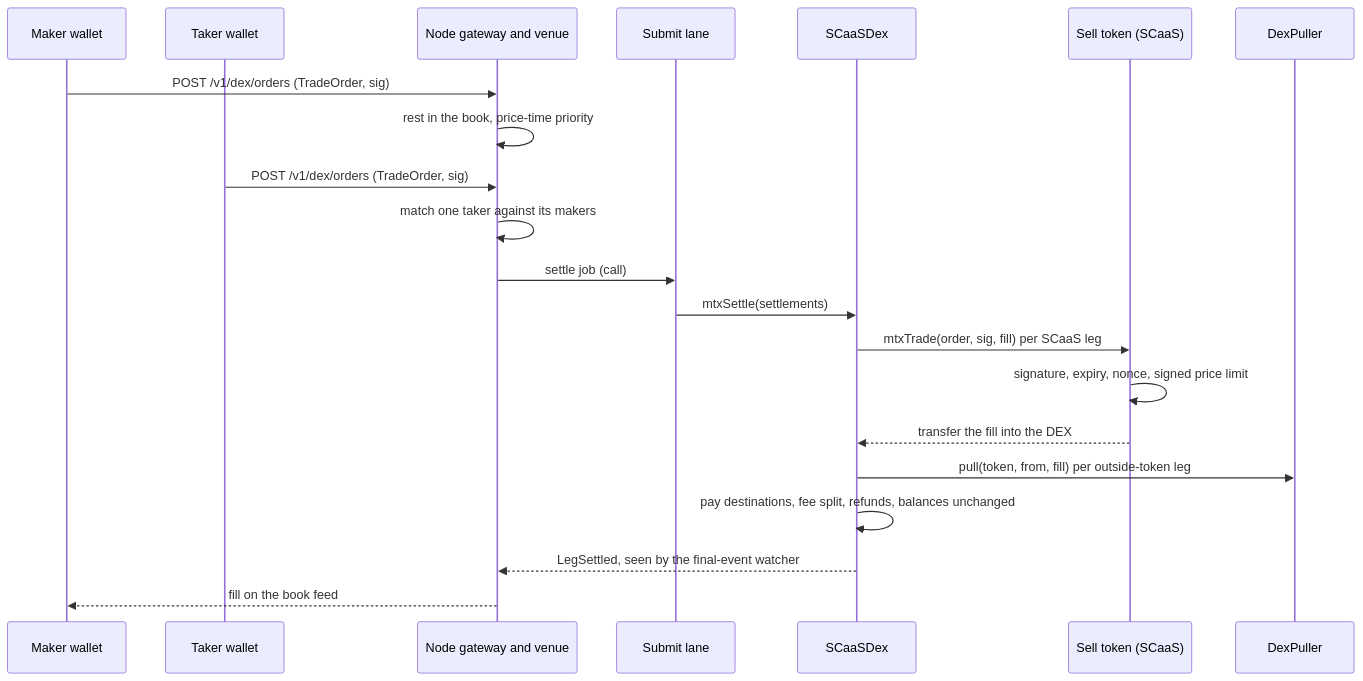
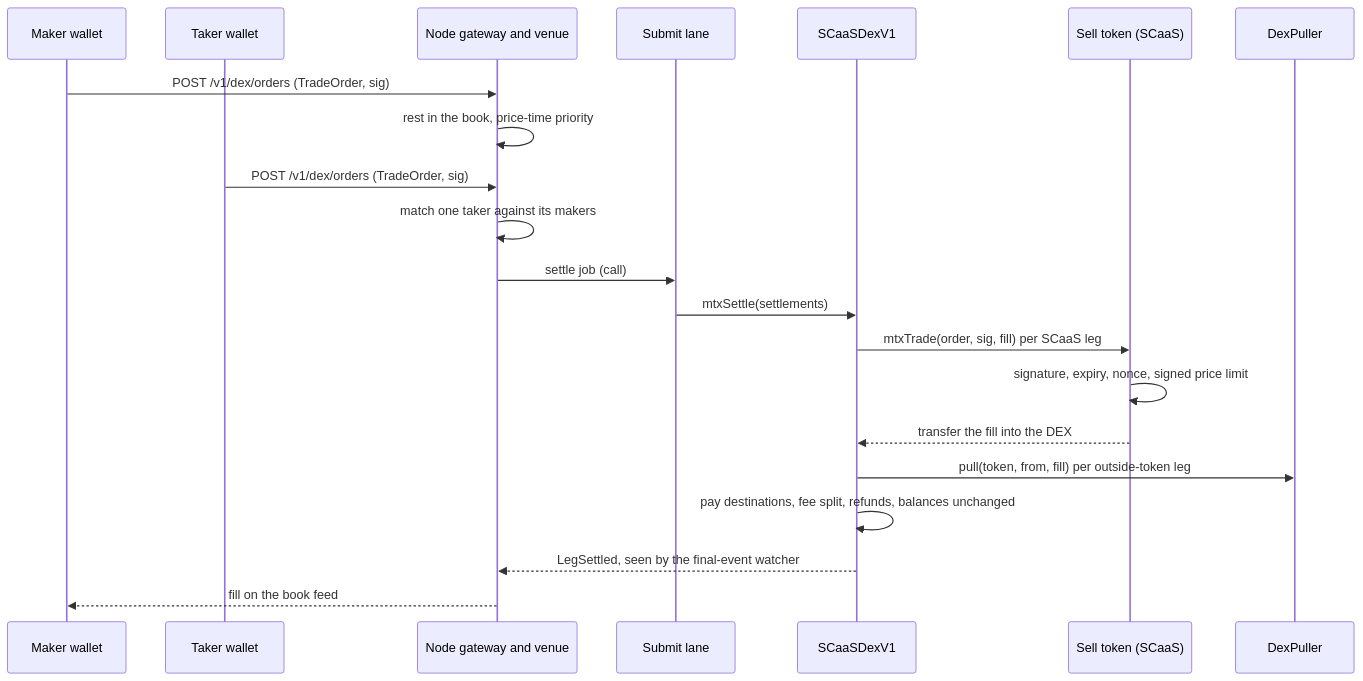
Before and after one commit to dinhduongha/scaas: the ninth of 12 diagrams in docs/architecture.md, drawn with Mermaid. The commit also changed other lines of this file and 12 other files, not shown here.

````diff
--- a/docs/architecture.md
+++ b/docs/architecture.md
@@ -685,23 +685,23 @@
 ```mermaid
 sequenceDiagram
     participant MK as Maker wallet
     participant TK as Taker wallet
     participant VEN as Node gateway and venue
     participant LANE as Submit lane
-    participant DEX as SCaaSDex
+    participant DEX as SCaaSDexV1
     participant ST as Sell token (SCaaS)
     participant PUL as DexPuller
     MK->>VEN: POST /v1/dex/orders (TradeOrder, sig)
     VEN->>VEN: rest in the book, price-time priority
     TK->>VEN: POST /v1/dex/orders (TradeOrder, sig)
     VEN->>VEN: match one taker against its makers
     VEN->>LANE: settle job (call)
     LANE->>DEX: mtxSettle(settlements)
     DEX->>ST: mtxTrade(order, sig, fill) per SCaaS leg
     ST->>ST: signature, expiry, nonce, signed price limit
     ST-->>DEX: transfer the fill into the DEX
     DEX->>PUL: pull(token, from, fill) per outside-token leg
     DEX->>DEX: pay destinations, fee split, refunds, balances unchanged
     DEX-->>VEN: LegSettled, seen by the final-event watcher
     VEN-->>MK: fill on the book feed
 ```
````
